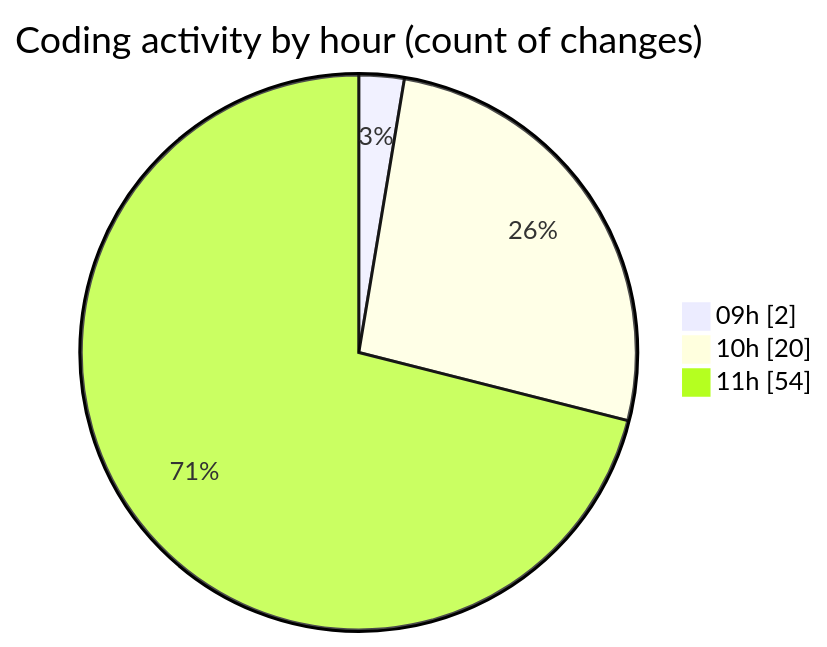
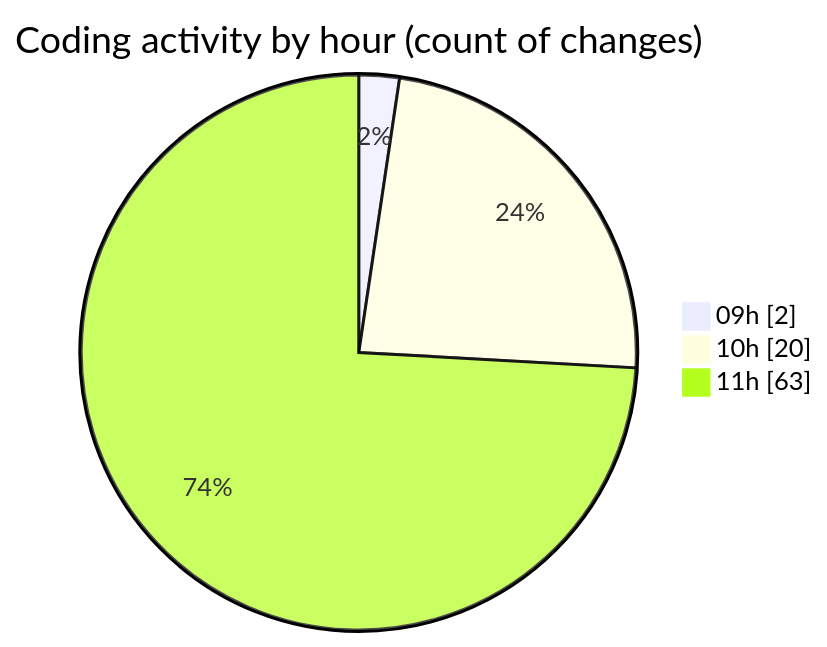
The second of 2 diagrams in 2025-04-08/cda/README.md (momahboobian/code-tracking), drawn with Mermaid before and after one commit. The commit also changed other lines of this file and 1 other file, not shown here.

````diff
--- a/2025-04-08/cda/README.md
+++ b/2025-04-08/cda/README.md
@@ -31,7 +31,7 @@
 ```mermaid
 pie showData
 title Coding activity by hour (count of changes)
 "09h" : 2
 "10h" : 20
-"11h" : 54
+"11h" : 63
 ```
````
